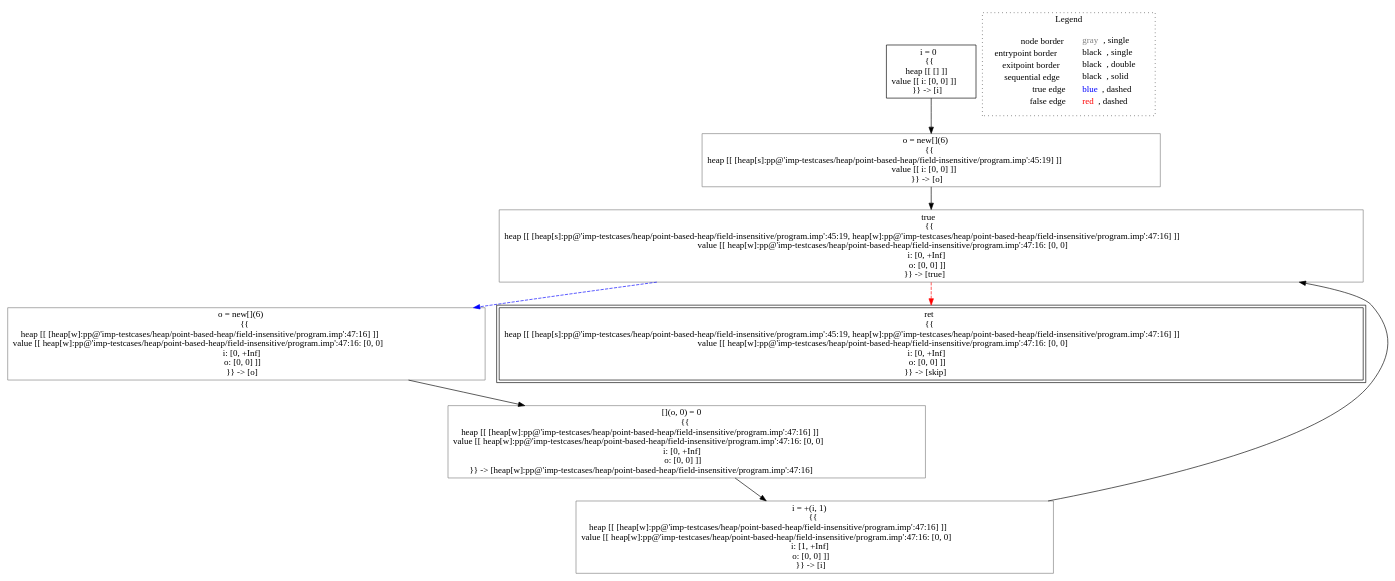
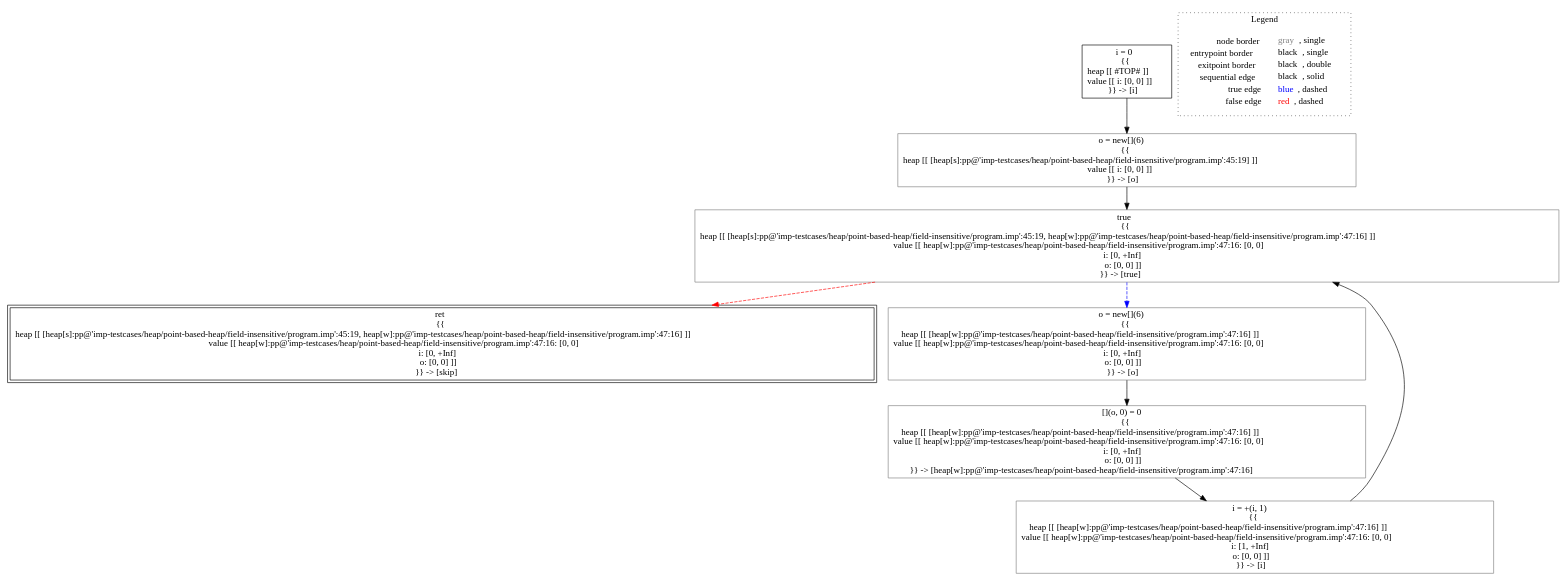
Before and after one commit to lisa-analyzer/lisa: the diagram in lisa/imp-testcases/heap/point-based-heap/field-insensitive/analysis___untyped_A.f5(A_this).dot, drawn with Graphviz. The commit also changed 29 other files, not shown here.

```diff
--- a/lisa/imp-testcases/heap/point-based-heap/field-insensitive/analysis___untyped_A.f5(A_this).dot
+++ b/lisa/imp-testcases/heap/point-based-heap/field-insensitive/analysis___untyped_A.f5(A_this).dot
@@ -1,23 +1,23 @@
 digraph {
-	"node0" [shape="rect",color="black",label=<i = 0<BR/>{{<BR/>heap [[ [] ]]<BR/>value [[ i: [0, 0] ]]<BR/>}} -&gt; [i]>];
-	"node1" [shape="rect",color="gray",label=<true<BR/>{{<BR/>heap [[ [heap[s]:pp@'imp-testcases/heap/point-based-heap/field-insensitive/program.imp':45:19, heap[w]:pp@'imp-testcases/heap/point-based-heap/field-insensitive/program.imp':47:16] ]]<BR/>value [[ heap[w]:pp@'imp-testcases/heap/point-based-heap/field-insensitive/program.imp':47:16: [0, 0]<BR/>i: [0, +Inf]<BR/>o: [0, 0] ]]<BR/>}} -&gt; [true]>];
-	"node2" [shape="rect",color="gray",label=<i = +(i, 1)<BR/>{{<BR/>heap [[ [heap[w]:pp@'imp-testcases/heap/point-based-heap/field-insensitive/program.imp':47:16] ]]<BR/>value [[ heap[w]:pp@'imp-testcases/heap/point-based-heap/field-insensitive/program.imp':47:16: [0, 0]<BR/>i: [1, +Inf]<BR/>o: [0, 0] ]]<BR/>}} -&gt; [i]>];
-	"node3" [shape="rect",color="gray",label=<o = new[](6)<BR/>{{<BR/>heap [[ [heap[s]:pp@'imp-testcases/heap/point-based-heap/field-insensitive/program.imp':45:19] ]]<BR/>value [[ i: [0, 0] ]]<BR/>}} -&gt; [o]>];
-	"node4" [shape="rect",color="gray",label=<[](o, 0) = 0<BR/>{{<BR/>heap [[ [heap[w]:pp@'imp-testcases/heap/point-based-heap/field-insensitive/program.imp':47:16] ]]<BR/>value [[ heap[w]:pp@'imp-testcases/heap/point-based-heap/field-insensitive/program.imp':47:16: [0, 0]<BR/>i: [0, +Inf]<BR/>o: [0, 0] ]]<BR/>}} -&gt; [heap[w]:pp@'imp-testcases/heap/point-based-heap/field-insensitive/program.imp':47:16]>];
-	"node5" [shape="rect",color="gray",label=<o = new[](6)<BR/>{{<BR/>heap [[ [heap[w]:pp@'imp-testcases/heap/point-based-heap/field-insensitive/program.imp':47:16] ]]<BR/>value [[ heap[w]:pp@'imp-testcases/heap/point-based-heap/field-insensitive/program.imp':47:16: [0, 0]<BR/>i: [0, +Inf]<BR/>o: [0, 0] ]]<BR/>}} -&gt; [o]>];
-	"node6" [shape="rect",color="black",peripheries="2",label=<ret<BR/>{{<BR/>heap [[ [heap[s]:pp@'imp-testcases/heap/point-based-heap/field-insensitive/program.imp':45:19, heap[w]:pp@'imp-testcases/heap/point-based-heap/field-insensitive/program.imp':47:16] ]]<BR/>value [[ heap[w]:pp@'imp-testcases/heap/point-based-heap/field-insensitive/program.imp':47:16: [0, 0]<BR/>i: [0, +Inf]<BR/>o: [0, 0] ]]<BR/>}} -&gt; [skip]>];
-	"node1" -> "node5" [color="blue",style="dashed"];
-	"node1" -> "node6" [color="red",style="dashed"];
-	"node2" -> "node1" [color="black"];
-	"node3" -> "node1" [color="black"];
-	"node4" -> "node2" [color="black"];
-	"node0" -> "node3" [color="black"];
-	"node5" -> "node4" [color="black"];
+	"node0" [shape="rect",color="black",label=<i = 0<BR/>{{<BR/>heap [[ #TOP# ]]<BR/>value [[ i: [0, 0] ]]<BR/>}} -&gt; [i]>];
+	"node1" [shape="rect",color="gray",label=<[](o, 0) = 0<BR/>{{<BR/>heap [[ [heap[w]:pp@'imp-testcases/heap/point-based-heap/field-insensitive/program.imp':47:16] ]]<BR/>value [[ heap[w]:pp@'imp-testcases/heap/point-based-heap/field-insensitive/program.imp':47:16: [0, 0]<BR/>i: [0, +Inf]<BR/>o: [0, 0] ]]<BR/>}} -&gt; [heap[w]:pp@'imp-testcases/heap/point-based-heap/field-insensitive/program.imp':47:16]>];
+	"node2" [shape="rect",color="gray",label=<true<BR/>{{<BR/>heap [[ [heap[s]:pp@'imp-testcases/heap/point-based-heap/field-insensitive/program.imp':45:19, heap[w]:pp@'imp-testcases/heap/point-based-heap/field-insensitive/program.imp':47:16] ]]<BR/>value [[ heap[w]:pp@'imp-testcases/heap/point-based-heap/field-insensitive/program.imp':47:16: [0, 0]<BR/>i: [0, +Inf]<BR/>o: [0, 0] ]]<BR/>}} -&gt; [true]>];
+	"node3" [shape="rect",color="black",peripheries="2",label=<ret<BR/>{{<BR/>heap [[ [heap[s]:pp@'imp-testcases/heap/point-based-heap/field-insensitive/program.imp':45:19, heap[w]:pp@'imp-testcases/heap/point-based-heap/field-insensitive/program.imp':47:16] ]]<BR/>value [[ heap[w]:pp@'imp-testcases/heap/point-based-heap/field-insensitive/program.imp':47:16: [0, 0]<BR/>i: [0, +Inf]<BR/>o: [0, 0] ]]<BR/>}} -&gt; [skip]>];
+	"node4" [shape="rect",color="gray",label=<o = new[](6)<BR/>{{<BR/>heap [[ [heap[w]:pp@'imp-testcases/heap/point-based-heap/field-insensitive/program.imp':47:16] ]]<BR/>value [[ heap[w]:pp@'imp-testcases/heap/point-based-heap/field-insensitive/program.imp':47:16: [0, 0]<BR/>i: [0, +Inf]<BR/>o: [0, 0] ]]<BR/>}} -&gt; [o]>];
+	"node5" [shape="rect",color="gray",label=<o = new[](6)<BR/>{{<BR/>heap [[ [heap[s]:pp@'imp-testcases/heap/point-based-heap/field-insensitive/program.imp':45:19] ]]<BR/>value [[ i: [0, 0] ]]<BR/>}} -&gt; [o]>];
+	"node6" [shape="rect",color="gray",label=<i = +(i, 1)<BR/>{{<BR/>heap [[ [heap[w]:pp@'imp-testcases/heap/point-based-heap/field-insensitive/program.imp':47:16] ]]<BR/>value [[ heap[w]:pp@'imp-testcases/heap/point-based-heap/field-insensitive/program.imp':47:16: [0, 0]<BR/>i: [1, +Inf]<BR/>o: [0, 0] ]]<BR/>}} -&gt; [i]>];
+	"node1" -> "node6" [color="black"];
+	"node2" -> "node3" [color="red",style="dashed"];
+	"node2" -> "node4" [color="blue",style="dashed"];
+	"node4" -> "node1" [color="black"];
+	"node0" -> "node5" [color="black"];
+	"node5" -> "node2" [color="black"];
+	"node6" -> "node2" [color="black"];
 subgraph cluster_legend {
 	label="Legend";
 	style=dotted;
 	node [shape=plaintext];
 	"legend" [label=<<table border="0" cellpadding="2" cellspacing="0" cellborder="0"><tr><td align="right">node border&nbsp;</td><td align="left"><font color="gray">gray</font>, single</td></tr><tr><td align="right">entrypoint border&nbsp;</td><td align="left"><font color="black">black</font>, single</td></tr><tr><td align="right">exitpoint border&nbsp;</td><td align="left"><font color="black">black</font>, double</td></tr><tr><td align="right">sequential edge&nbsp;</td><td align="left"><font color="black">black</font>, solid</td></tr><tr><td align="right">true edge&nbsp;</td><td align="left"><font color="blue">blue</font>, dashed</td></tr><tr><td align="right">false edge&nbsp;</td><td align="left"><font color="red">red</font>, dashed</td></tr></table>>];
 }
 
 }
```
